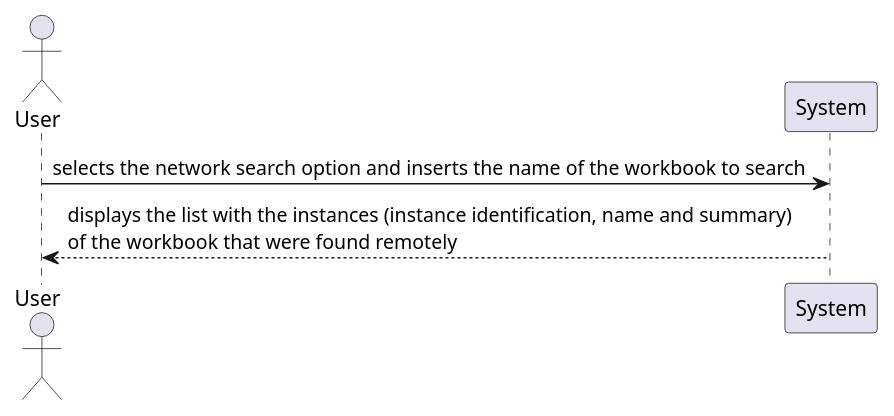
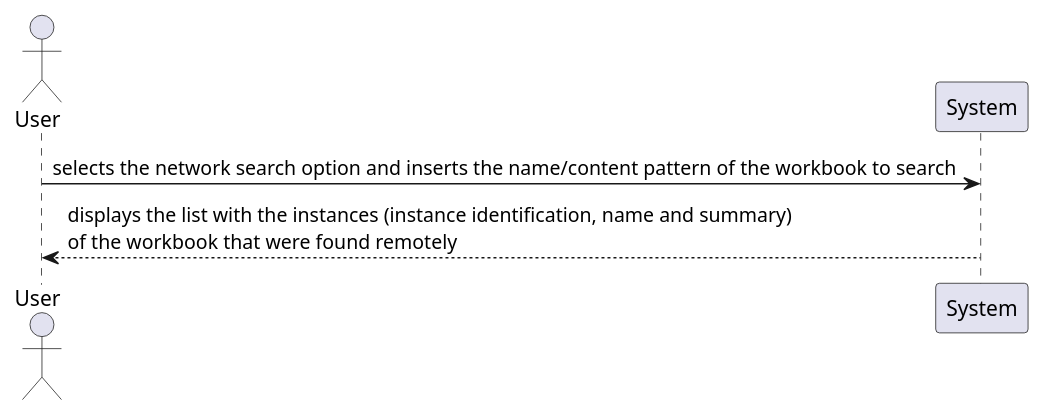
One commit to MikeTekOn/lapr4-2017-2dd changed the diagram in src/main/java/lapr4/red/s3/ipc/n1150613/NetworkSearchByFile/ipc03_2_ssd.puml. Above: the diagram before and after it, drawn with PlantUML. The commit also changed 1 other file, not shown here.

```diff
--- a/src/main/java/lapr4/red/s3/ipc/n1150613/NetworkSearchByFile/ipc03_2_ssd.puml
+++ b/src/main/java/lapr4/red/s3/ipc/n1150613/NetworkSearchByFile/ipc03_2_ssd.puml
@@ -1,10 +1,10 @@
 @startuml ipc03_2_ssd.png
 skinparam packageStyle rect
 skinparam defaultFontName FG Virgil
 skinparam shadowing false
 
 actor User 
 participant "System" as S
-User -> S : selects the network search option and inserts the name of the workbook to search
+User -> S : selects the network search option and inserts the name/content pattern of the workbook to search
 S --> User : displays the list with the instances (instance identification, name and summary)\nof the workbook that were found remotely
 @enduml
```
